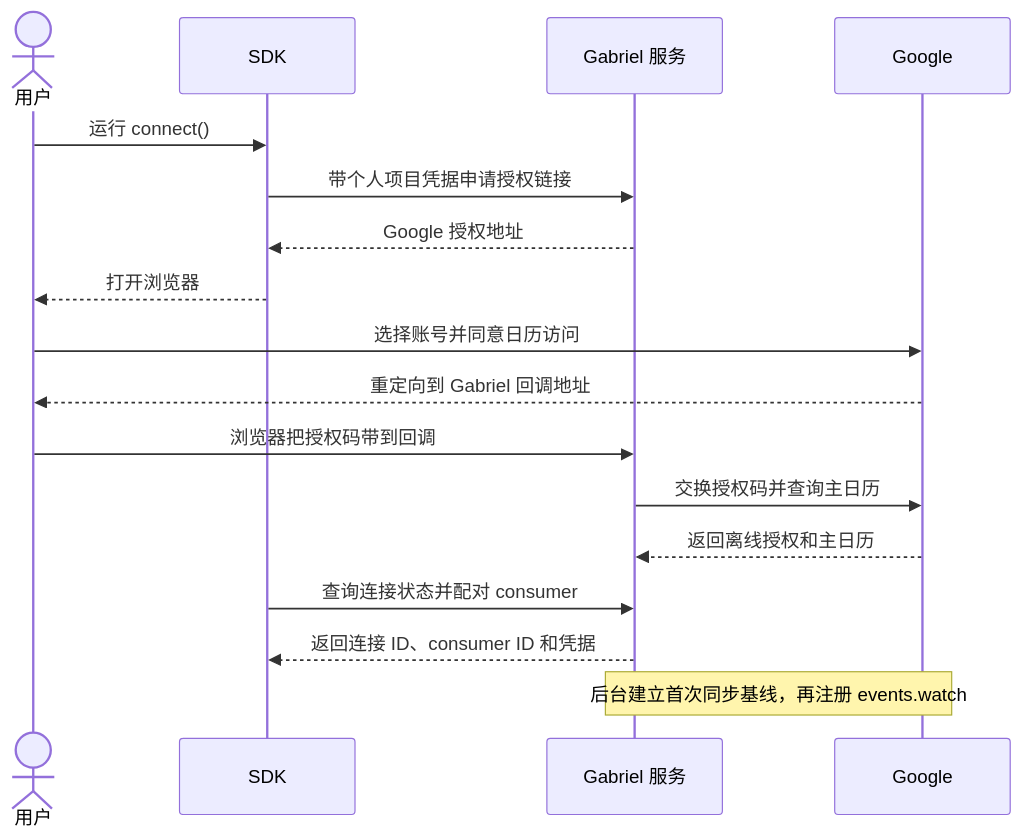
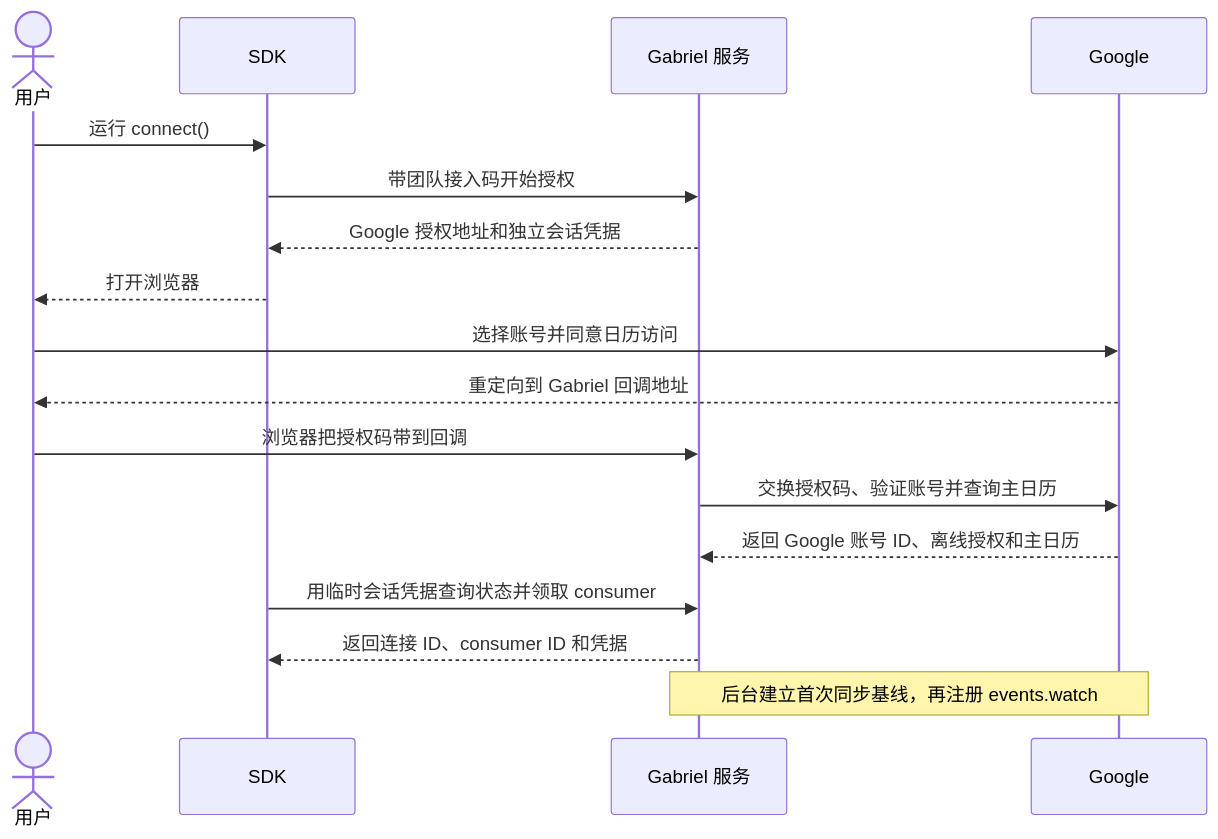
One commit to Easy-Ez/gabriel-calendar changed the first of 2 diagrams in README.zh-CN.md. Above: the diagram before and after it, drawn with Mermaid. The commit also changed other lines of this file and 19 other files, not shown here.

````diff
--- a/README.zh-CN.md
+++ b/README.zh-CN.md
@@ -98,20 +98,20 @@
 ```mermaid
 sequenceDiagram
     actor U as 用户
     participant S as SDK
     participant G as Gabriel 服务
     participant C as Google
 
     U->>S: 运行 connect()
-    S->>G: 带个人项目凭据申请授权链接
-    G-->>S: Google 授权地址
+    S->>G: 带团队接入码开始授权
+    G-->>S: Google 授权地址和独立会话凭据
     S-->>U: 打开浏览器
     U->>C: 选择账号并同意日历访问
     C-->>U: 重定向到 Gabriel 回调地址
     U->>G: 浏览器把授权码带到回调
-    G->>C: 交换授权码并查询主日历
-    C-->>G: 返回离线授权和主日历
-    S->>G: 查询连接状态并配对 consumer
+    G->>C: 交换授权码、验证账号并查询主日历
+    C-->>G: 返回 Google 账号 ID、离线授权和主日历
+    S->>G: 用临时会话凭据查询状态并领取 consumer
     G-->>S: 返回连接 ID、consumer ID 和凭据
     Note over G,C: 后台建立首次同步基线，再注册 events.watch
 ```
````
